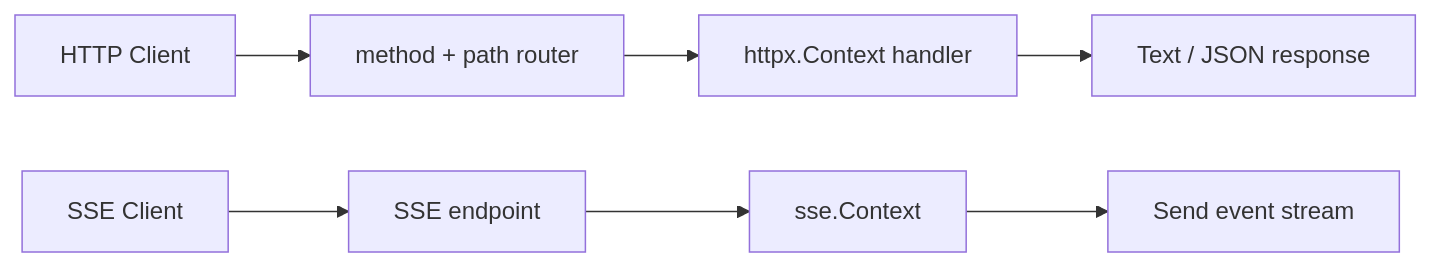
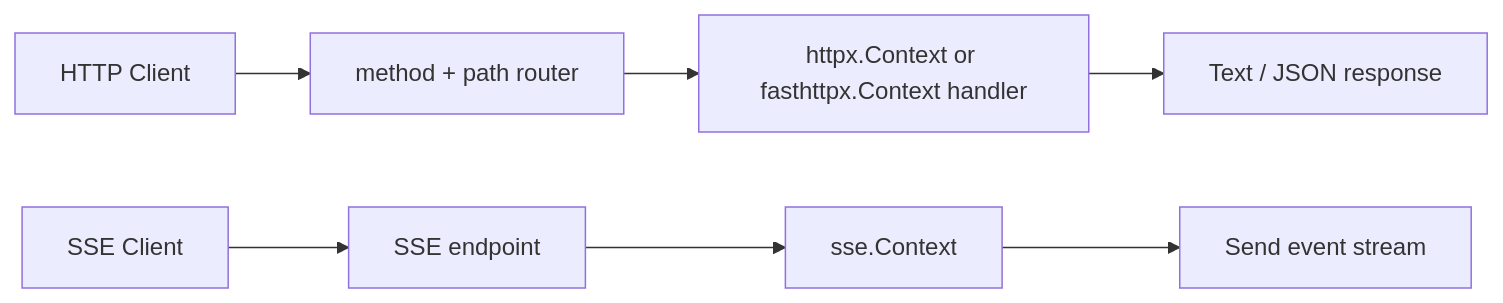
One commit to saramand9/kpro changed the third of 3 diagrams in README.md. Above: the diagram before and after it, drawn with Mermaid. The commit also changed other lines of this file and 28 other files, not shown here.

````diff
--- a/README.md
+++ b/README.md
@@ -246,10 +250,10 @@
 ```mermaid
 flowchart LR
     HTTPClient[HTTP Client] --> HTTPRouter[method + path router]
-    HTTPRouter --> HTTPHandler[httpx.Context handler]
+    HTTPRouter --> HTTPHandler[httpx.Context or fasthttpx.Context handler]
     HTTPHandler --> HTTPResponse[Text / JSON response]
 
     SSEClient[SSE Client] --> SSEEndpoint[SSE endpoint]
     SSEEndpoint --> SSEContext[sse.Context]
     SSEContext --> Events[Send event stream]
 ```
````
